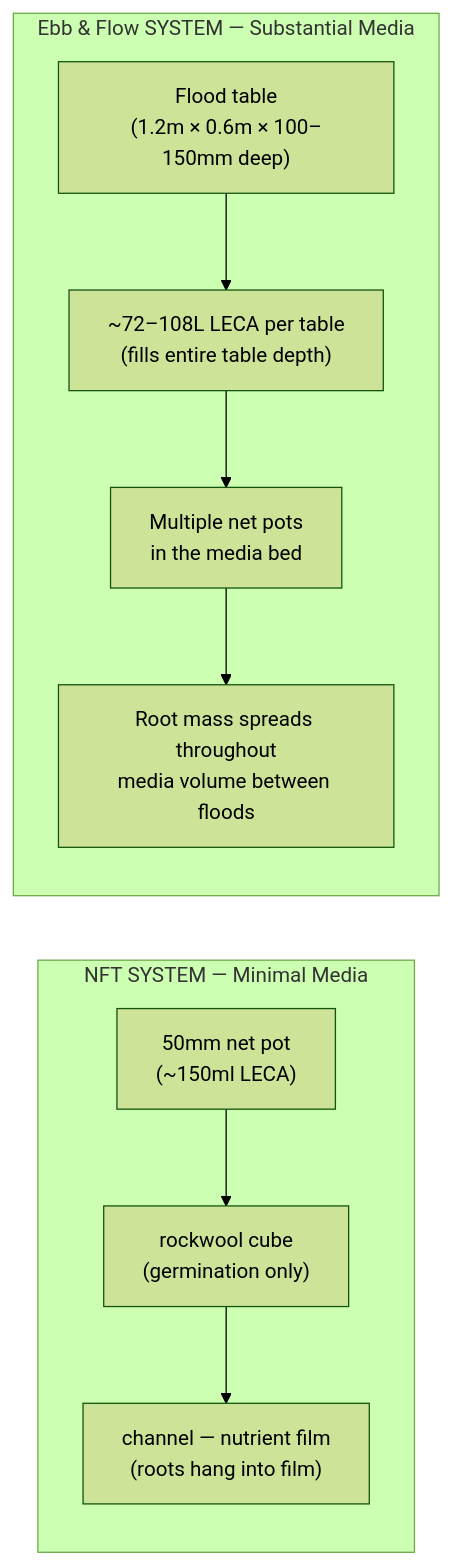
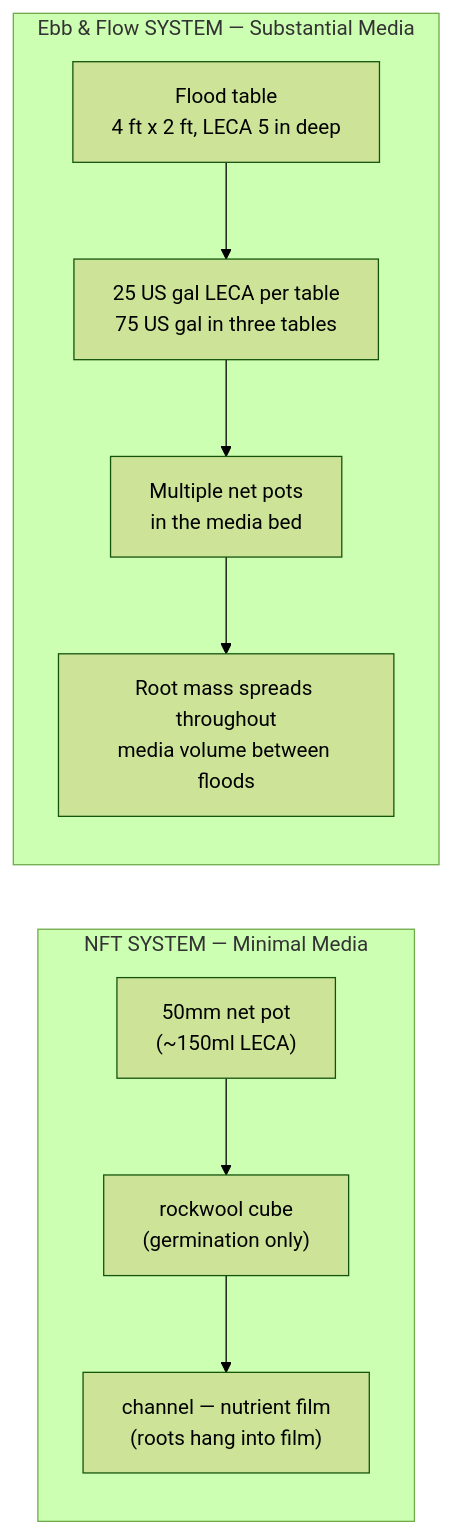
The first of 2 diagrams in guide/ebb-and-flow/05-growing-media.md (UncleJS/guide_hydroponics), drawn with Mermaid (forest theme) before and after one commit. The commit also changed other lines of this file and 35 other files, not shown here.

````diff
--- a/guide/ebb-and-flow/05-growing-media.md
+++ b/guide/ebb-and-flow/05-growing-media.md
@@ -58,17 +58,17 @@
 ```mermaid
 flowchart LR
     subgraph NFT["NFT SYSTEM — Minimal Media"]
         NP["50mm net pot<br/>(~150ml LECA)"]
         RW["rockwool cube<br/>(germination only)"]
         CH["channel — nutrient film<br/>(roots hang into film)"]
         NP --> RW --> CH
     end
 
     subgraph EF["Ebb &amp; Flow SYSTEM — Substantial Media"]
-        TABLE["Flood table<br/>(1.2m × 0.6m × 100–150mm deep)"]
-        LECA["~72–108L LECA per table<br/>(fills entire table depth)"]
+        TABLE["Flood table<br/>4 ft x 2 ft, LECA 5 in deep"]
+        LECA["25 US gal LECA per table<br/>75 US gal in three tables"]
         NP2["Multiple net pots<br/>in the media bed"]
         ROOTS["Root mass spreads throughout<br/>media volume between floods"]
         TABLE --> LECA --> NP2 --> ROOTS
     end
 ```
````
